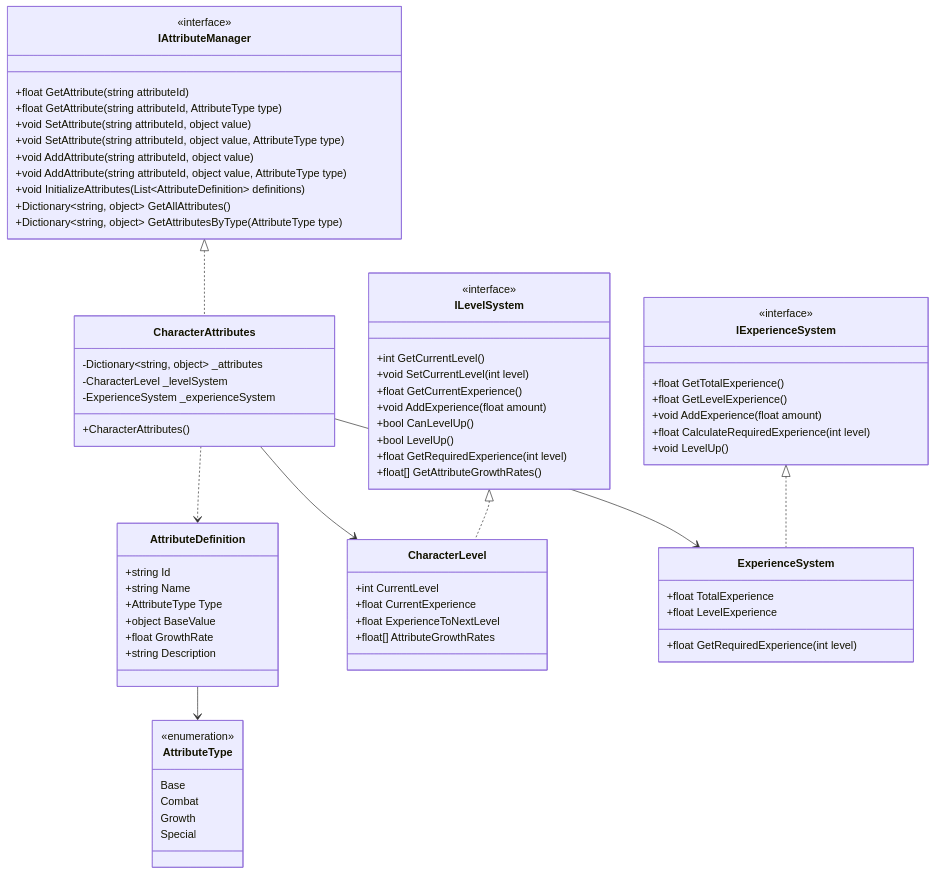
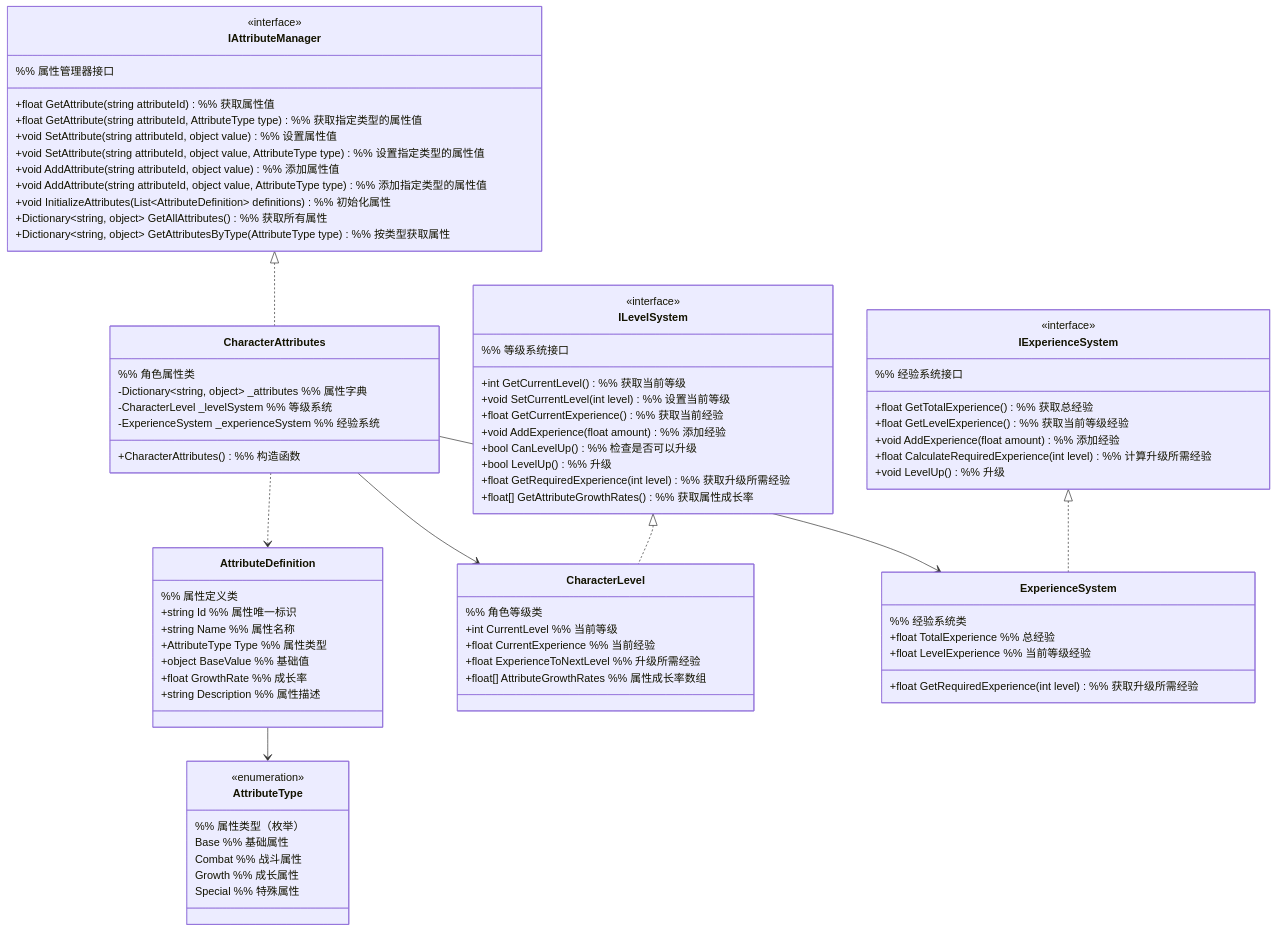
Before and after one commit to ideatoideal/co_lab: the diagram in xiuxian_demo/docs/实现规划/一期/一期各模块系统设计/一期角色属性系统.md, drawn with Mermaid. The commit also changed other lines of this file and 15 other files, not shown here.

Commit message:
为一期模块文档添加Mermaid图中文注释并修复格式问题

````diff
--- a/xiuxian_demo/docs/实现规划/一期/一期各模块系统设计/一期角色属性系统.md
+++ b/xiuxian_demo/docs/实现规划/一期/一期各模块系统设计/一期角色属性系统.md
@@ -15,81 +15,88 @@
 ```mermaid
 classDiagram
-    class AttributeType {
+    class AttributeType {  %% 属性类型（枚举）
         <<enumeration>>
-        Base
-        Combat
-        Growth
-        Special
+        Base  %% 基础属性
+        Combat  %% 战斗属性
+        Growth  %% 成长属性
+        Special  %% 特殊属性
     }
     
-    class AttributeDefinition {
-        +string Id
-        +string Name
-        +AttributeType Type
-        +object BaseValue
-        +float GrowthRate
-        +string Description
+    class AttributeDefinition {  %% 属性定义类
+        +string Id  %% 属性唯一标识
+        +string Name  %% 属性名称
+        +AttributeType Type  %% 属性类型
+        +object BaseValue  %% 基础值
+        +float GrowthRate  %% 成长率
+        +string Description  %% 属性描述
     }
     
-    class IAttributeManager {
+    class IAttributeManager {  %% 属性管理器接口
         <<interface>>
-        +float GetAttribute(string attributeId)
-        +float GetAttribute(string attributeId, AttributeType type)
-        +void SetAttribute(string attributeId, object value)
-        +void SetAttribute(string attributeId, object value, AttributeType type)
-        +void AddAttribute(string attributeId, object value)
-        +void AddAttribute(string attributeId, object value, AttributeType type)
-        +void InitializeAttributes(List~AttributeDefinition~ definitions)
-        +Dictionary~string, object~ GetAllAttributes()
-        +Dictionary~string, object~ GetAttributesByType(AttributeType type)
+        +float GetAttribute(string attributeId)  %% 获取属性值
+        +float GetAttribute(string attributeId, AttributeType type)  %% 获取指定类型的属性值
+        +void SetAttribute(string attributeId, object value)  %% 设置属性值
+        +void SetAttribute(string attributeId, object value, AttributeType type)  %% 设置指定类型的属性值
+        +void AddAttribute(string attributeId, object value)  %% 添加属性值
+        +void AddAttribute(string attributeId, object value, AttributeType type)  %% 添加指定类型的属性值
+        +void InitializeAttributes(List~AttributeDefinition~ definitions)  %% 初始化属性
+        +Dictionary~string, object~ GetAllAttributes()  %% 获取所有属性
+        +Dictionary~string, object~ GetAttributesByType(AttributeType type)  %% 按类型获取属性
     }
     
-    class CharacterAttributes {
-        -Dictionary~string, object~ _attributes
-        -CharacterLevel _levelSystem
-        -ExperienceSystem _experienceSystem
-        +CharacterAttributes()
+    class CharacterAttributes {  %% 角色属性类
+        -Dictionary~string, object~ _attributes  %% 属性字典
+        -CharacterLevel _levelSystem  %% 等级系统
+        -ExperienceSystem _experienceSystem  %% 经验系统
+        +CharacterAttributes()  %% 构造函数
     }
     
-    class CharacterLevel {
-        +int CurrentLevel
-        +float CurrentExperience
-        +float ExperienceToNextLevel
-        +float[] AttributeGrowthRates
+    class CharacterLevel {  %% 角色等级类
+        +int CurrentLevel  %% 当前等级
+        +float CurrentExperience  %% 当前经验
+        +float ExperienceToNextLevel  %% 升级所需经验
+        +float[] AttributeGrowthRates  %% 属性成长率数组
     }
     
-    class ExperienceSystem {
-        +float TotalExperience
-        +float LevelExperience
-        +float GetRequiredExperience(int level)
+    class ExperienceSystem {  %% 经验系统类
+        +float TotalExperience  %% 总经验
+        +float LevelExperience  %% 当前等级经验
+        +float GetRequiredExperience(int level)  %% 获取升级所需经验
     }
     
-    class ILevelSystem {
+    class ILevelSystem {  %% 等级系统接口
         <<interface>>
-        +int GetCurrentLevel()
-        +void SetCurrentLevel(int level)
-        +float GetCurrentExperience()
-        +void AddExperience(float amount)
-        +bool CanLevelUp()
-        +bool LevelUp()
-        +float GetRequiredExperience(int level)
-        +float[] GetAttributeGrowthRates()
+        +int GetCurrentLevel()  %% 获取当前等级
+        +void SetCurrentLevel(int level)  %% 设置当前等级
+        +float GetCurrentExperience()  %% 获取当前经验
+        +void AddExperience(float amount)  %% 添加经验
+        +bool CanLevelUp()  %% 检查是否可以升级
+        +bool LevelUp()  %% 升级
+        +float GetRequiredExperience(int level)  %% 获取升级所需经验
+        +float[] GetAttributeGrowthRates()  %% 获取属性成长率
     }
     
-    class IExperienceSystem {
+    class IExperienceSystem {  %% 经验系统接口
         <<interface>>
-        +float GetTotalExperience()
-        +float GetLevelExperience()
-        +void AddExperience(float amount)
-        +float CalculateRequiredExperience(int level)
-        +void LevelUp()
+        +float GetTotalExperience()  %% 获取总经验
+        +float GetLevelExperience()  %% 获取当前等级经验
+        +void AddExperience(float amount)  %% 添加经验
+        +float CalculateRequiredExperience(int level)  %% 计算升级所需经验
+        +void LevelUp()  %% 升级
     }
     
     IAttributeManager <|.. CharacterAttributes
+    %% CharacterAttributes实现IAttributeManager接口
     CharacterAttributes --> CharacterLevel
+    %% CharacterAttributes使用CharacterLevel
     CharacterAttributes --> ExperienceSystem
+    %% CharacterAttributes使用ExperienceSystem
     ILevelSystem <|.. CharacterLevel
+    %% CharacterLevel实现ILevelSystem接口
     IExperienceSystem <|.. ExperienceSystem
+    %% ExperienceSystem实现IExperienceSystem接口
     AttributeDefinition --> AttributeType
+    %% AttributeDefinition使用AttributeType
     CharacterAttributes ..> AttributeDefinition
+    %% CharacterAttributes关联AttributeDefinition
 ```
````
